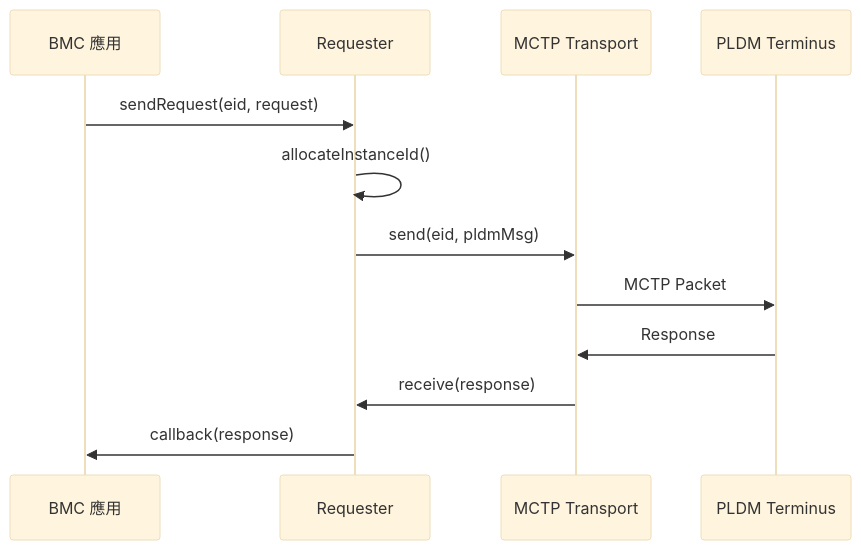
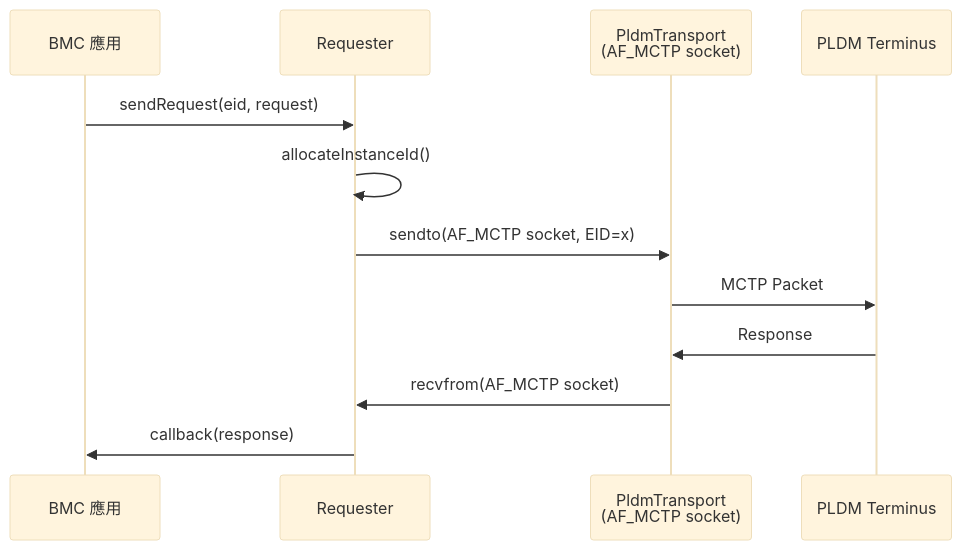
One commit to chilung-cgu/bmc-firmware-knowledge-base changed the third of 5 diagrams in pldm/Architecture.md. Above: the diagram before and after it, drawn with Mermaid (base theme). The commit also changed other lines of this file and 4 other files, not shown here.

First line of the commit message:
docs(pldm): 修正 mctpd/mctp-demux 架構混淆與流程圖

````diff
--- a/pldm/Architecture.md
+++ b/pldm/Architecture.md
@@ -187,15 +187,15 @@
 ```mermaid
 sequenceDiagram
     participant App as BMC 應用
     participant Req as Requester
-    participant MCTP as MCTP Transport
+    participant MCTP as PldmTransport<br/>(AF_MCTP socket)
     participant Term as PLDM Terminus
 
     App->>Req: sendRequest(eid, request)
     Req->>Req: allocateInstanceId()
-    Req->>MCTP: send(eid, pldmMsg)
+    Req->>MCTP: sendto(AF_MCTP socket, EID=x)
     MCTP->>Term: MCTP Packet
     Term->>MCTP: Response
-    MCTP->>Req: receive(response)
+    MCTP->>Req: recvfrom(AF_MCTP socket)
     Req->>App: callback(response)
 ```
````
